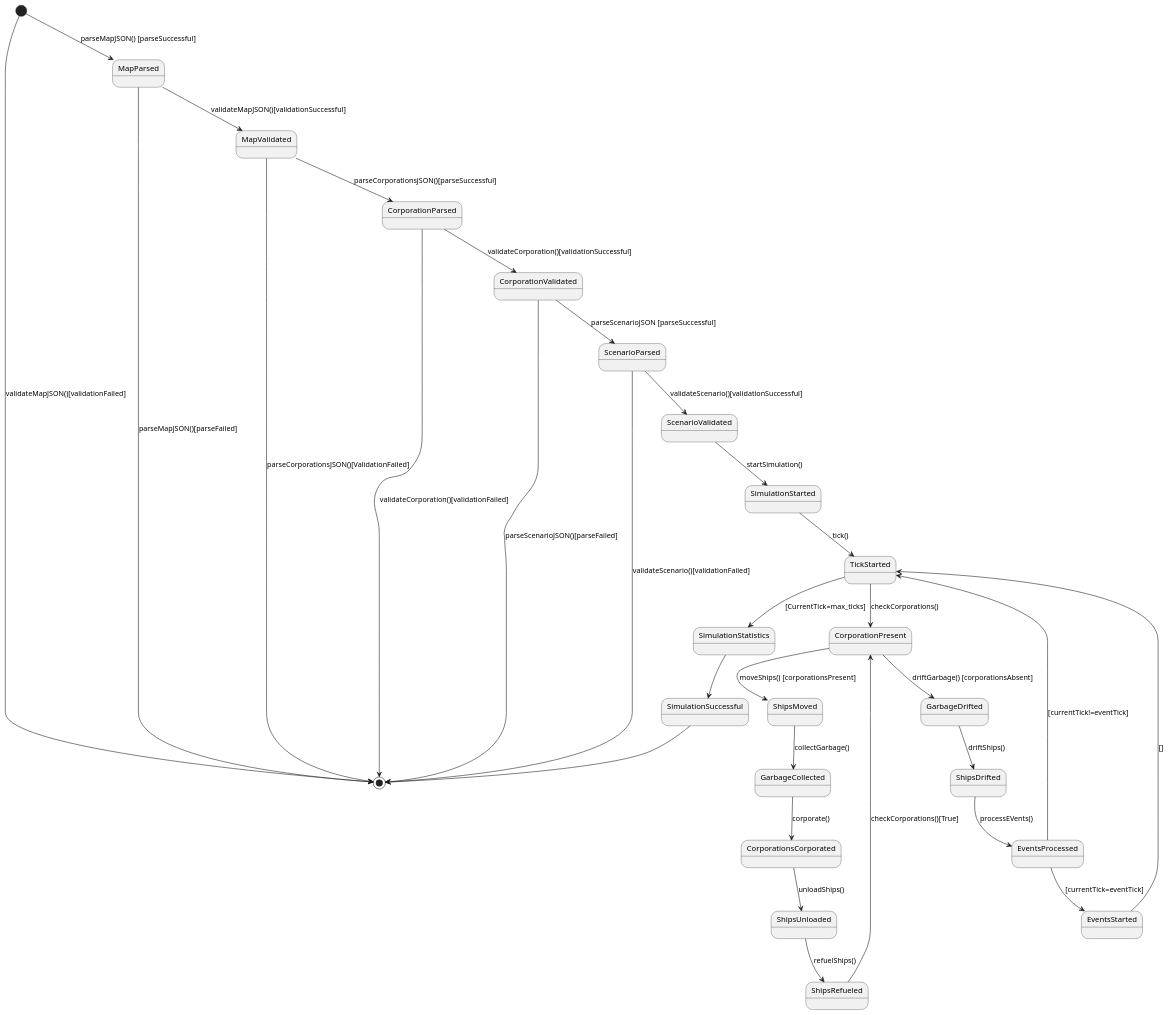
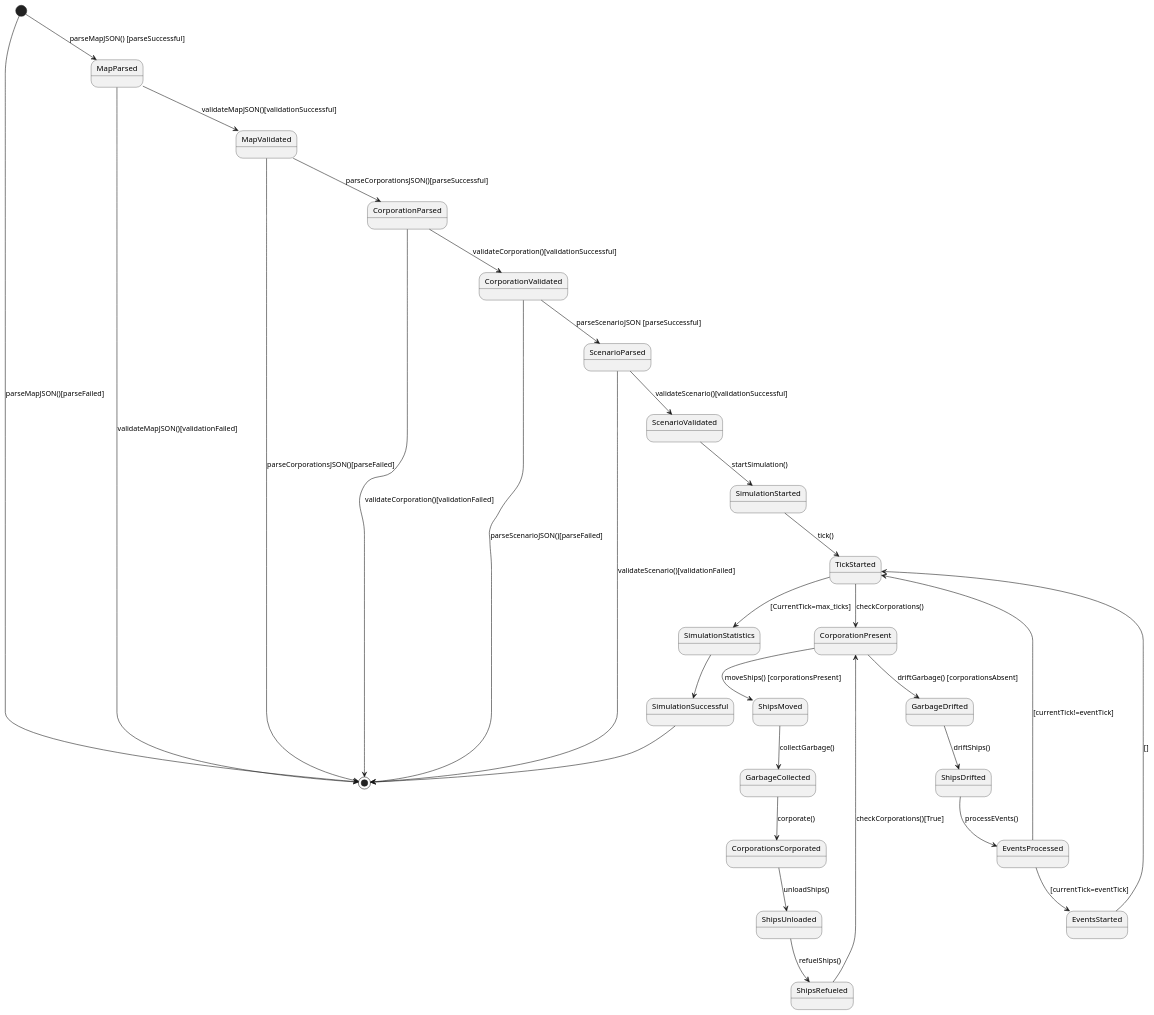
One commit to Atharvakore/Save-The-Saardines changed the diagram in StateDiagram.puml. Above: the diagram before and after it, drawn with PlantUML.

Commit message:
correct conditions

```diff
--- a/StateDiagram.puml
+++ b/StateDiagram.puml
@@ -1,36 +1,36 @@
 @startuml
 [*] --> MapParsed: parseMapJSON() [parseSuccessful]
 MapParsed --> MapValidated: validateMapJSON()[validationSuccessful]
-MapParsed --> [*] : parseMapJSON()[parseFailed]
-[*] --> [*] : validateMapJSON()[validationFailed]
+MapParsed --> [*] : validateMapJSON()[validationFailed]
+[*] --> [*] : parseMapJSON()[parseFailed]
 
 MapValidated --> CorporationParsed : parseCorporationsJSON()[parseSuccessful]
-MapValidated --> [*] : parseCorporationsJSON()[ValidationFailed]
+MapValidated --> [*] : parseCorporationsJSON()[parseFailed]
 CorporationParsed -->CorporationValidated : validateCorporation()[validationSuccessful]
 CorporationParsed -->[*] : validateCorporation()[validationFailed]
 CorporationValidated --> ScenarioParsed : parseScenarioJSON [parseSuccessful]
 ScenarioParsed --> ScenarioValidated : validateScenario()[validationSuccessful]
 ScenarioParsed --> [*] : validateScenario()[validationFailed]
 CorporationValidated --> [*] : parseScenarioJSON()[parseFailed]
 
 ScenarioValidated--> SimulationStarted : startSimulation()
 
 SimulationStarted --> TickStarted : tick()
 
 TickStarted --> CorporationPresent : checkCorporations()
 CorporationPresent --> ShipsMoved : moveShips() [corporationsPresent]
 ShipsMoved --> GarbageCollected : collectGarbage()
 GarbageCollected --> CorporationsCorporated : corporate()
 CorporationsCorporated --> ShipsUnloaded : unloadShips()
 ShipsUnloaded --> ShipsRefueled : refuelShips()
 ShipsRefueled --> CorporationPresent : checkCorporations()[True]
 CorporationPresent --> GarbageDrifted : driftGarbage() [corporationsAbsent]
 GarbageDrifted --> ShipsDrifted : driftShips()
 ShipsDrifted --> EventsProcessed : processEVents()
 EventsProcessed --> TickStarted : [currentTick!=eventTick]
 EventsProcessed --> EventsStarted : [currentTick=eventTick]
 EventsStarted --> TickStarted : []
 TickStarted --> SimulationStatistics : [CurrentTick=max_ticks]
 SimulationStatistics --> SimulationSuccessful 
 SimulationSuccessful --> [*]
 @enduml
```
